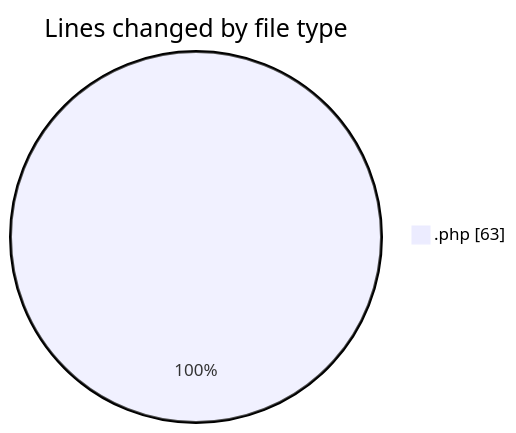
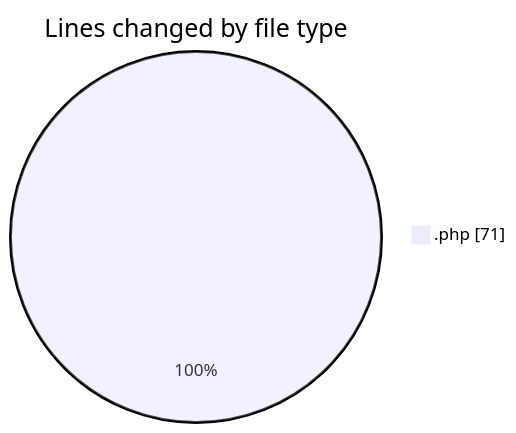
The first of 2 diagrams in 2025-10-20/totem/README.md (LanceThiago/code-tracking), drawn with Mermaid before and after one commit. The commit also changed other lines of this file and 1 other file, not shown here.

````diff
--- a/2025-10-20/totem/README.md
+++ b/2025-10-20/totem/README.md
@@ -20,5 +20,5 @@
 ```mermaid
 pie showData
 title Lines changed by file type
-".php" : 63
+".php" : 71
 ```
````
